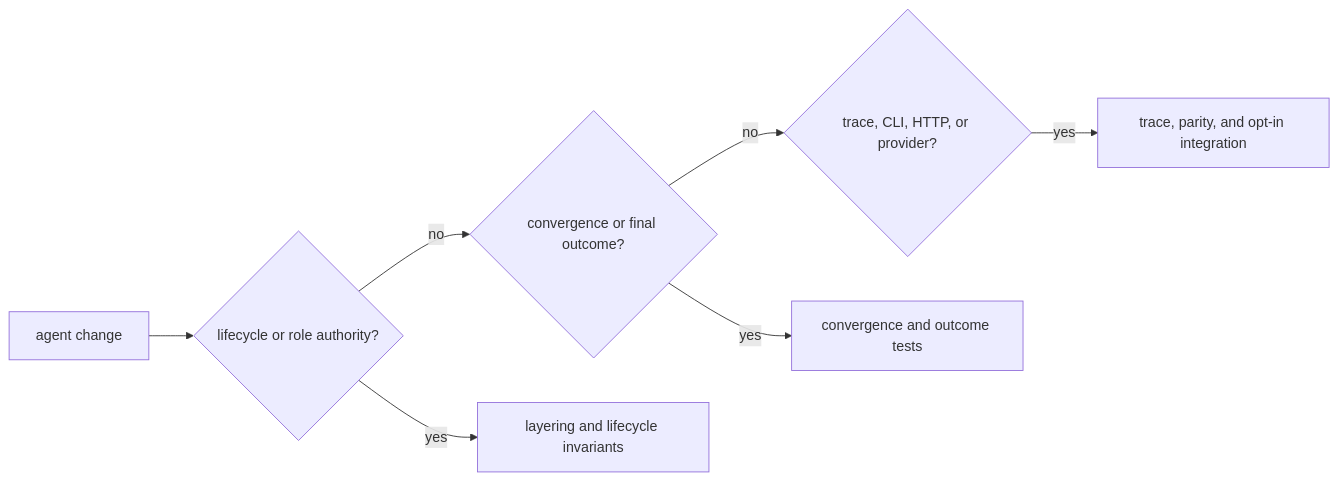
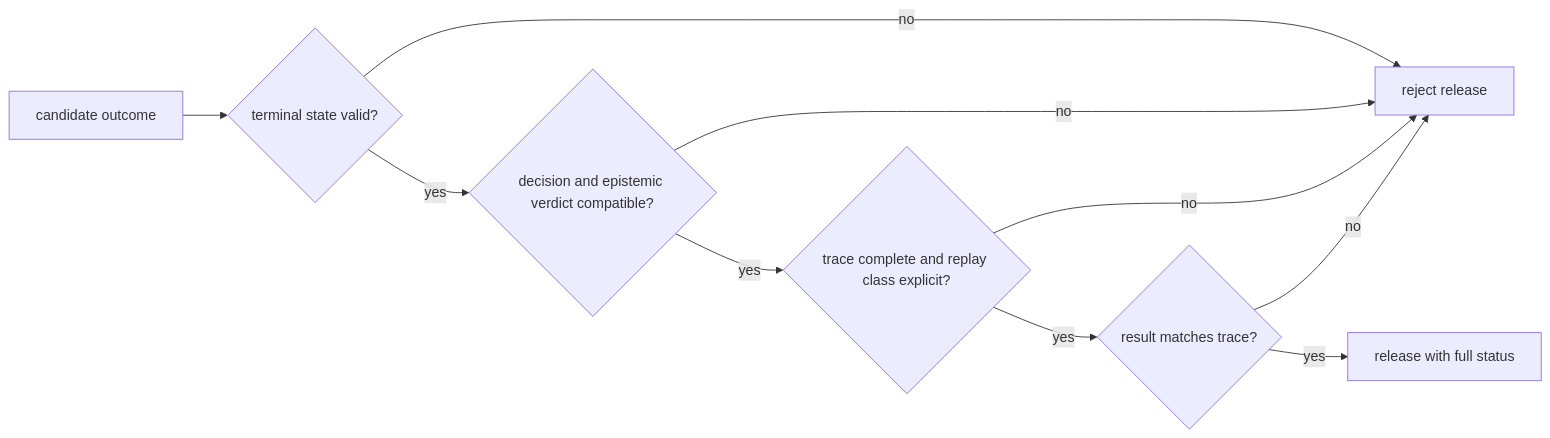
Before and after one commit to bijux/bijux-canon: the second of 2 diagrams in docs/05-bijux-canon-agent/quality/risk-register.md, drawn with Mermaid. The commit also changed other lines of this file and 1 other file, not shown here.

Commit message:
docs(agent): define orchestration limits and risks

````diff
--- a/docs/05-bijux-canon-agent/quality/risk-register.md
+++ b/docs/05-bijux-canon-agent/quality/risk-register.md
@@ -54,17 +54,12 @@
 ```mermaid
 flowchart LR
-    change["agent change"]
-    authority{"lifecycle or role authority?"}
-    outcome{"convergence or final outcome?"}
-    surface{"trace, CLI, HTTP, or provider?"}
-    invariants["layering and lifecycle invariants"]
-    pipeline["convergence and outcome tests"]
-    boundary["trace, parity, and opt-in integration"]
-
-    change --> authority
-    authority -->|yes| invariants
-    authority -->|no| outcome
-    outcome -->|yes| pipeline
-    outcome -->|no| surface
-    surface -->|yes| boundary
+    candidate["candidate outcome"] --> terminal{"terminal state valid?"}
+    terminal -->|no| reject["reject release"]
+    terminal -->|yes| verdict{"decision and epistemic verdict compatible?"}
+    verdict -->|no| reject
+    verdict -->|yes| trace{"trace complete and replay class explicit?"}
+    trace -->|no| reject
+    trace -->|yes| parity{"result matches trace?"}
+    parity -->|no| reject
+    parity -->|yes| release["release with full status"]
 ```
````
